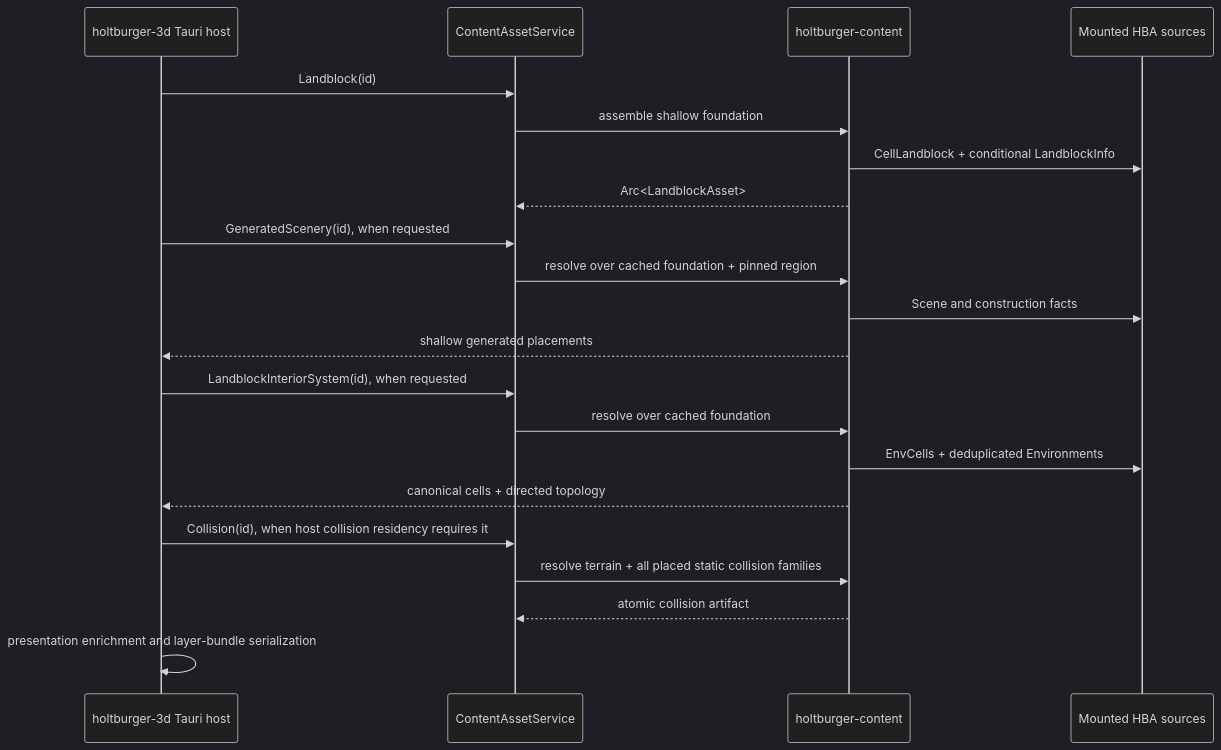
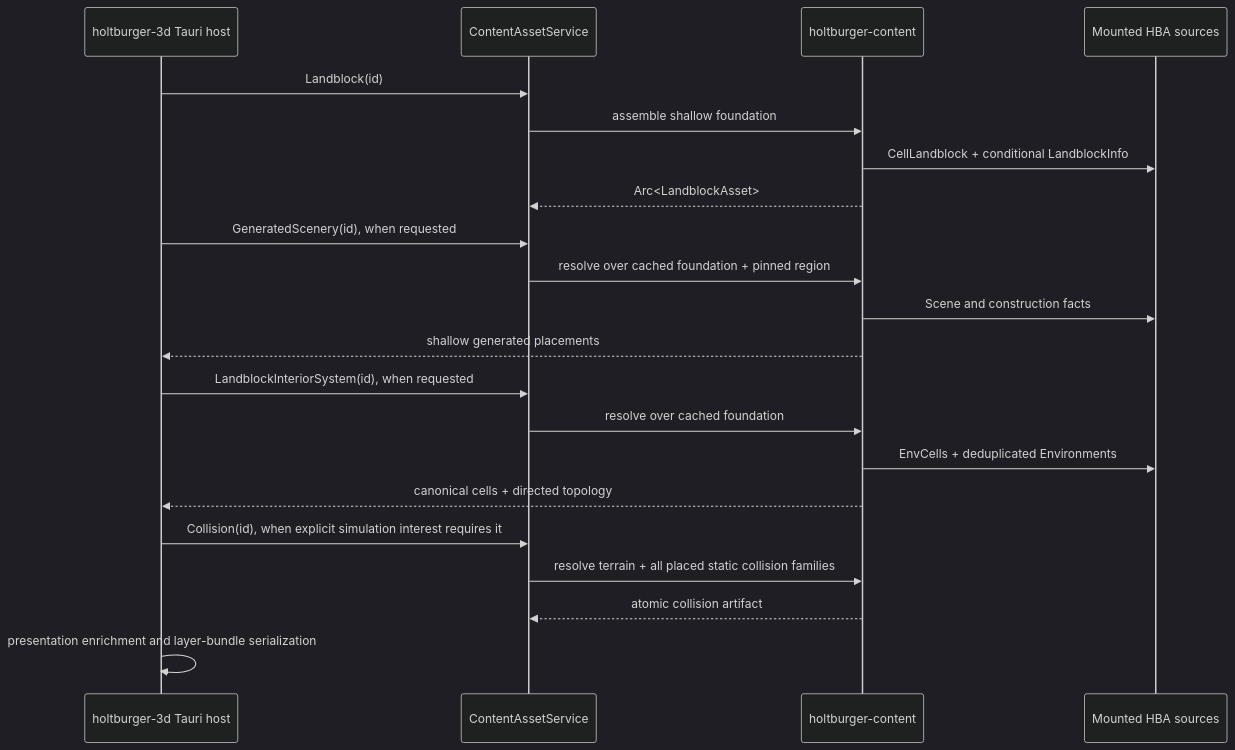
The diagram in crates/holtburger-content/ARCHITECTURE.md (merklejerk/holtburger), drawn with Mermaid (dark theme) before and after one commit. The commit also changed 22 other files, not shown here.

First line of the commit message:
Generalize host collision simulation ownership

````diff
--- a/crates/holtburger-content/ARCHITECTURE.md
+++ b/crates/holtburger-content/ARCHITECTURE.md
@@ -122,24 +122,24 @@
 ```mermaid
 sequenceDiagram
     participant App as holtburger-3d Tauri host
     participant Core as ContentAssetService
     participant Content as holtburger-content
     participant DAT as Mounted HBA sources
 
     App->>Core: Landblock(id)
     Core->>Content: assemble shallow foundation
     Content->>DAT: CellLandblock + conditional LandblockInfo
     Content-->>Core: Arc<LandblockAsset>
     App->>Core: GeneratedScenery(id), when requested
     Core->>Content: resolve over cached foundation + pinned region
     Content->>DAT: Scene and construction facts
     Content-->>App: shallow generated placements
     App->>Core: LandblockInteriorSystem(id), when requested
     Core->>Content: resolve over cached foundation
     Content->>DAT: EnvCells + deduplicated Environments
     Content-->>App: canonical cells + directed topology
-    App->>Core: Collision(id), when host collision residency requires it
+    App->>Core: Collision(id), when explicit simulation interest requires it
     Core->>Content: resolve terrain + all placed static collision families
     Content-->>Core: atomic collision artifact
     App->>App: presentation enrichment and layer-bundle serialization
 ```
````
